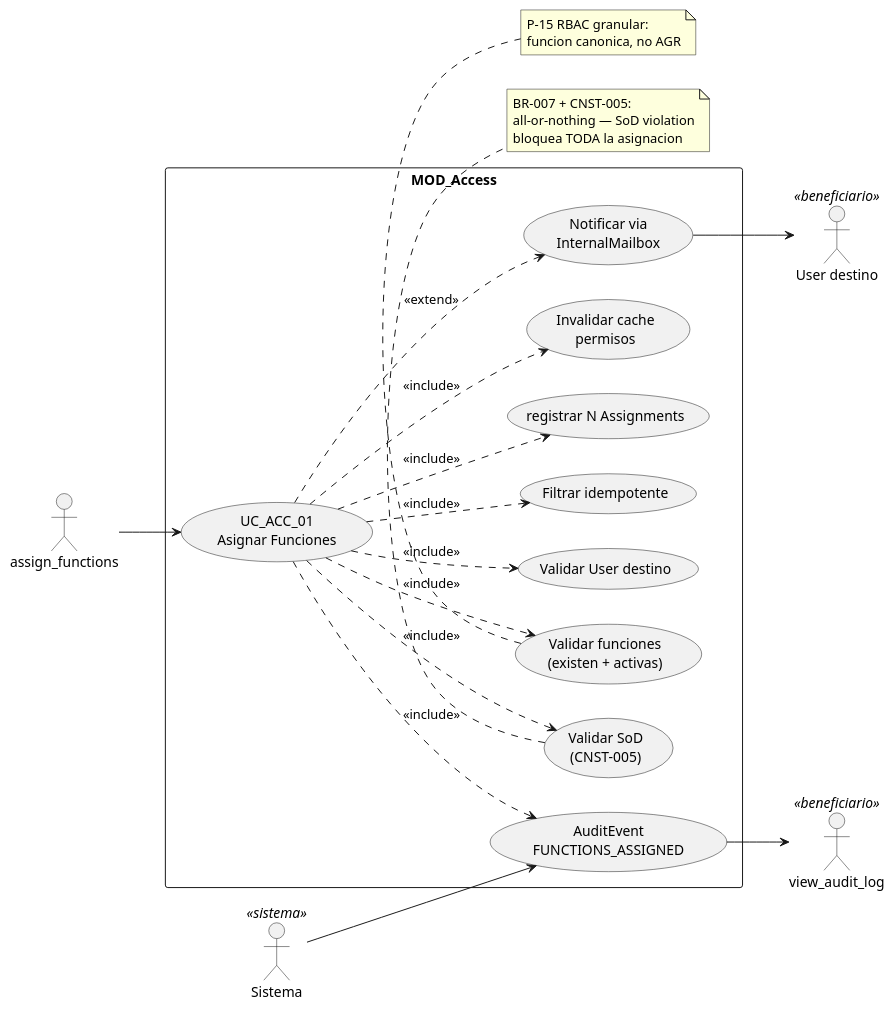
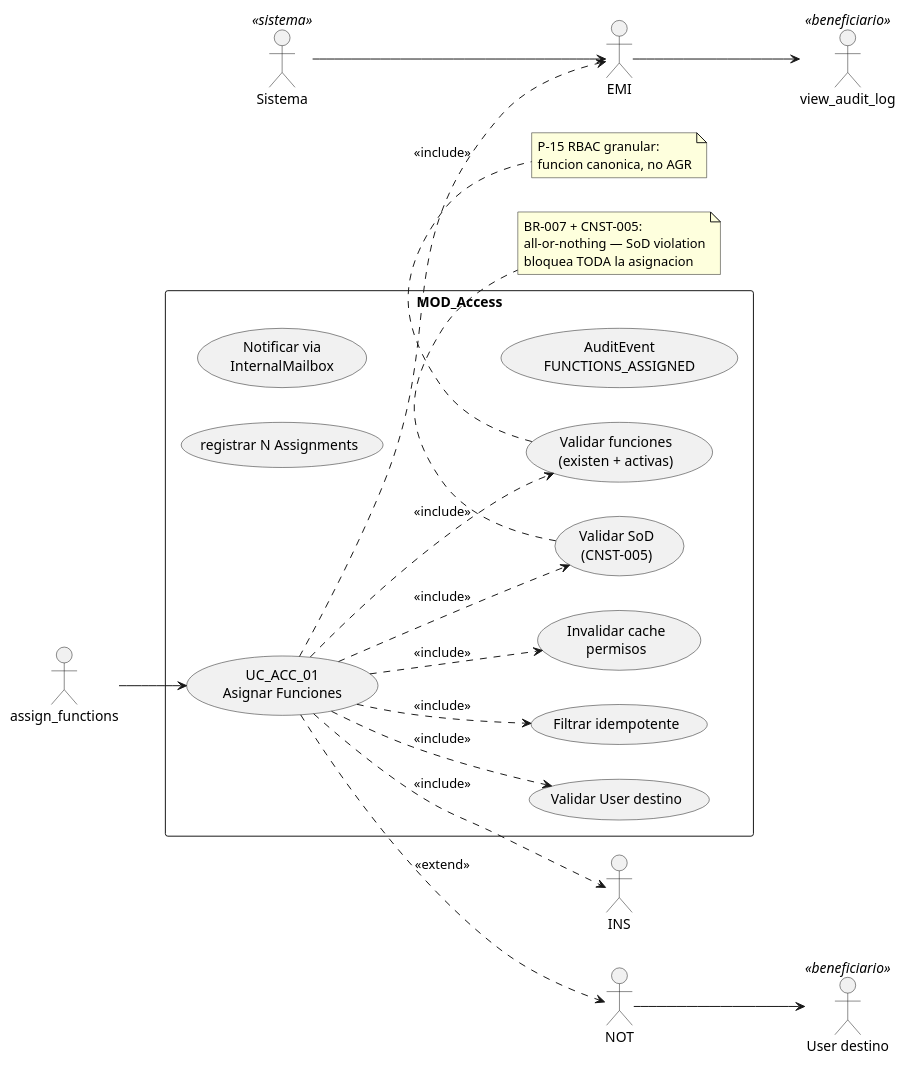
Before and after one commit to jcg-admin/IACT-docs: the diagram in source/requisitos/casos-uso/access/uc-acc-01/diagramas-uml/diagrama-de-caso-de-uso.rst, drawn with PlantUML. The commit also changed 47 other files, not shown here.

First line of the commit message:
Fix cryptic PlantUML aliases in UC and architecture files (STD_011)

```diff
--- a/source/requisitos/casos-uso/access/uc-acc-01/diagramas-uml/diagrama-de-caso-de-uso.rst
+++ b/source/requisitos/casos-uso/access/uc-acc-01/diagramas-uml/diagrama-de-caso-de-uso.rst
@@ -4,48 +4,48 @@
 .. uml::
  :caption: UC_ACC_01 — actores y casos asociados
 
  @startuml
 
  left to right direction
 
  actor "assign_functions" as INVOKER
  actor "User destino" as TARGET <<beneficiario>>
  actor "view_audit_log" as view_audit_log <<beneficiario>>
  actor "Sistema" as Sistema <<sistema>>
 
  rectangle "MOD_Access" {
    usecase "UC_ACC_01\nAsignar Funciones" as UC01
    usecase "Validar User destino" as VUSER
    usecase "Validar funciones\n(existen + activas)" as VFUN
    usecase "Filtrar idempotente" as IDEM
    usecase "Validar SoD\n(CNST-005)" as VSOD
-   usecase "registrar N Assignments" as INS
+   usecase "registrar N Assignments" as RegistrarDatos
    usecase "Invalidar cache\npermisos" as CACHE
-   usecase "Notificar via\nInternalMailbox" as NOT
-   usecase "AuditEvent\nFUNCTIONS_ASSIGNED" as EMI
+   usecase "Notificar via\nInternalMailbox" as NotificacionMailbox
+   usecase "AuditEvent\nFUNCTIONS_ASSIGNED" as AuditEmitter
  }
 
  INVOKER --> UC01
  UC01 ..> VUSER : <<include>>
  UC01 ..> VFUN : <<include>>
  UC01 ..> IDEM : <<include>>
  UC01 ..> VSOD : <<include>>
  UC01 ..> INS : <<include>>
  UC01 ..> CACHE : <<include>>
  UC01 ..> NOT : <<extend>>
  UC01 ..> EMI : <<include>>
  NOT --> TARGET
  Sistema --> EMI
  EMI --> view_audit_log
 
  note bottom of VSOD
    BR-007 + CNST-005:
    all-or-nothing — SoD violation
    bloquea TODA la asignacion
  end note
  note bottom of VFUN
    P-15 RBAC granular:
    funcion canonica, no AGR
  end note
 
  @enduml
```
